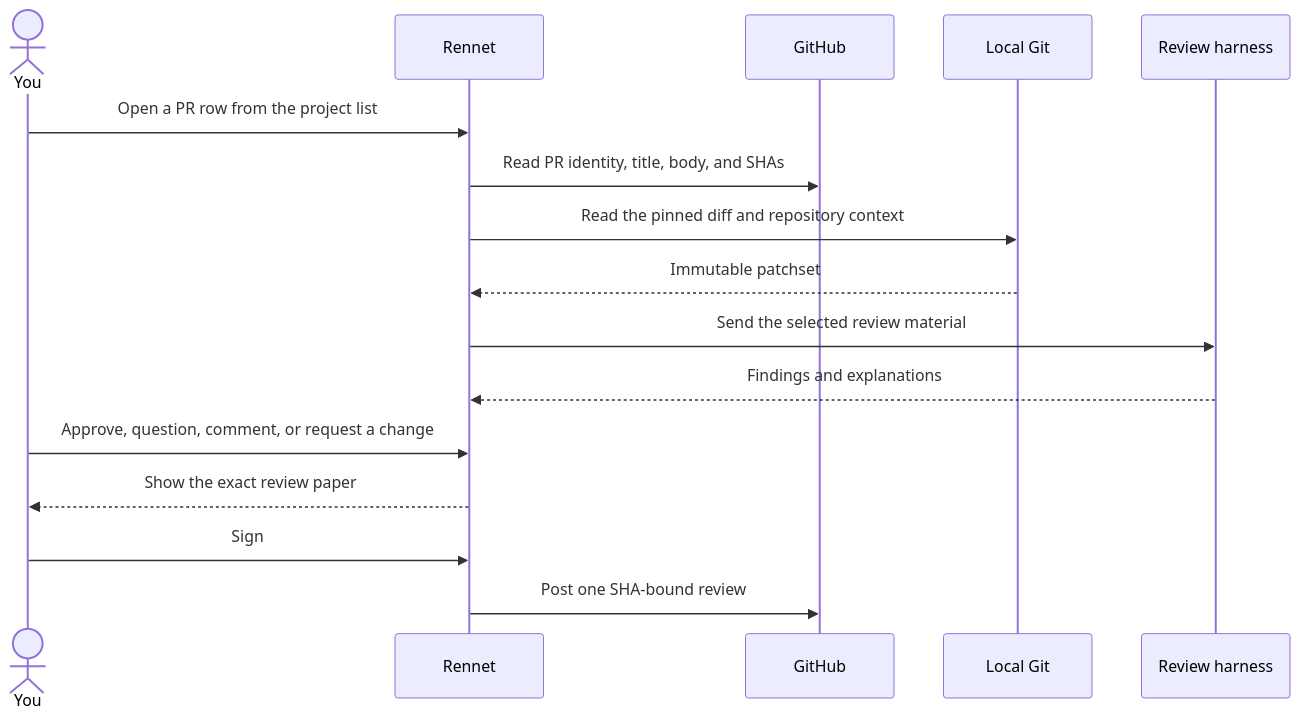
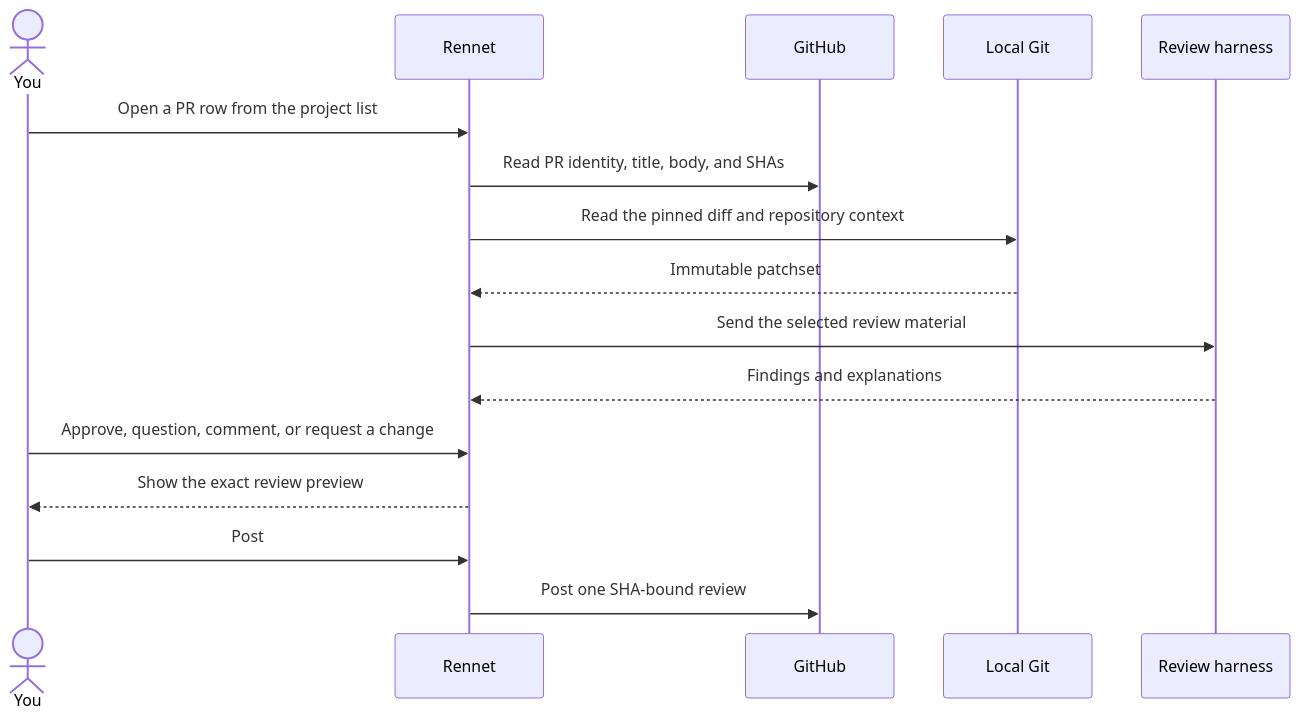
Before and after one commit to rbutera/Rennet: the first of 3 diagrams in docs/src/content/docs/using/guide/reviewing-a-github-pr.md, drawn with Mermaid. The commit also changed other lines of this file and 53 other files, not shown here.

First line of the commit message:
refactor(language): drop the paper/signing metaphor entirely — preview → post (Rai, 2026-08-18)

````diff
--- a/docs/src/content/docs/using/guide/reviewing-a-github-pr.md
+++ b/docs/src/content/docs/using/guide/reviewing-a-github-pr.md
@@ -32,19 +32,19 @@
 ```mermaid
 sequenceDiagram
   actor You
   participant Rennet
   participant GitHub
   participant Git as Local Git
   participant Harness as Review harness
 
   You->>Rennet: Open a PR row from the project list
   Rennet->>GitHub: Read PR identity, title, body, and SHAs
   Rennet->>Git: Read the pinned diff and repository context
   Git-->>Rennet: Immutable patchset
   Rennet->>Harness: Send the selected review material
   Harness-->>Rennet: Findings and explanations
   You->>Rennet: Approve, question, comment, or request a change
-  Rennet-->>You: Show the exact review paper
-  You->>Rennet: Sign
+  Rennet-->>You: Show the exact review preview
+  You->>Rennet: Post
   Rennet->>GitHub: Post one SHA-bound review
 ```
````
